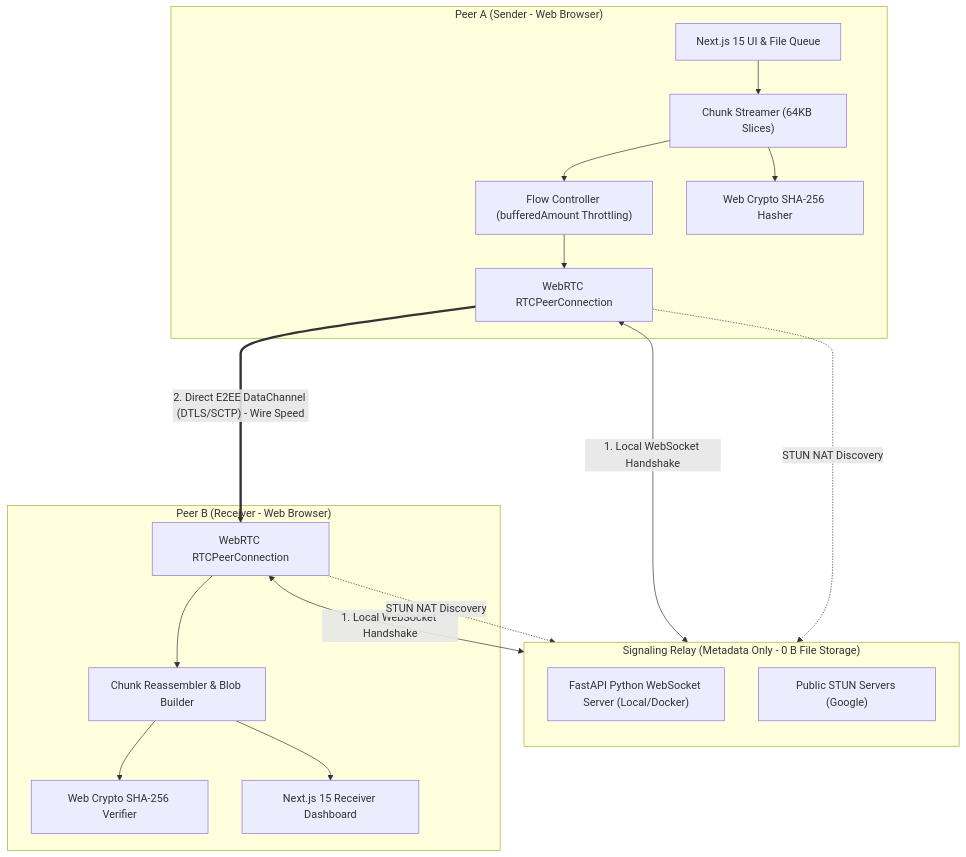
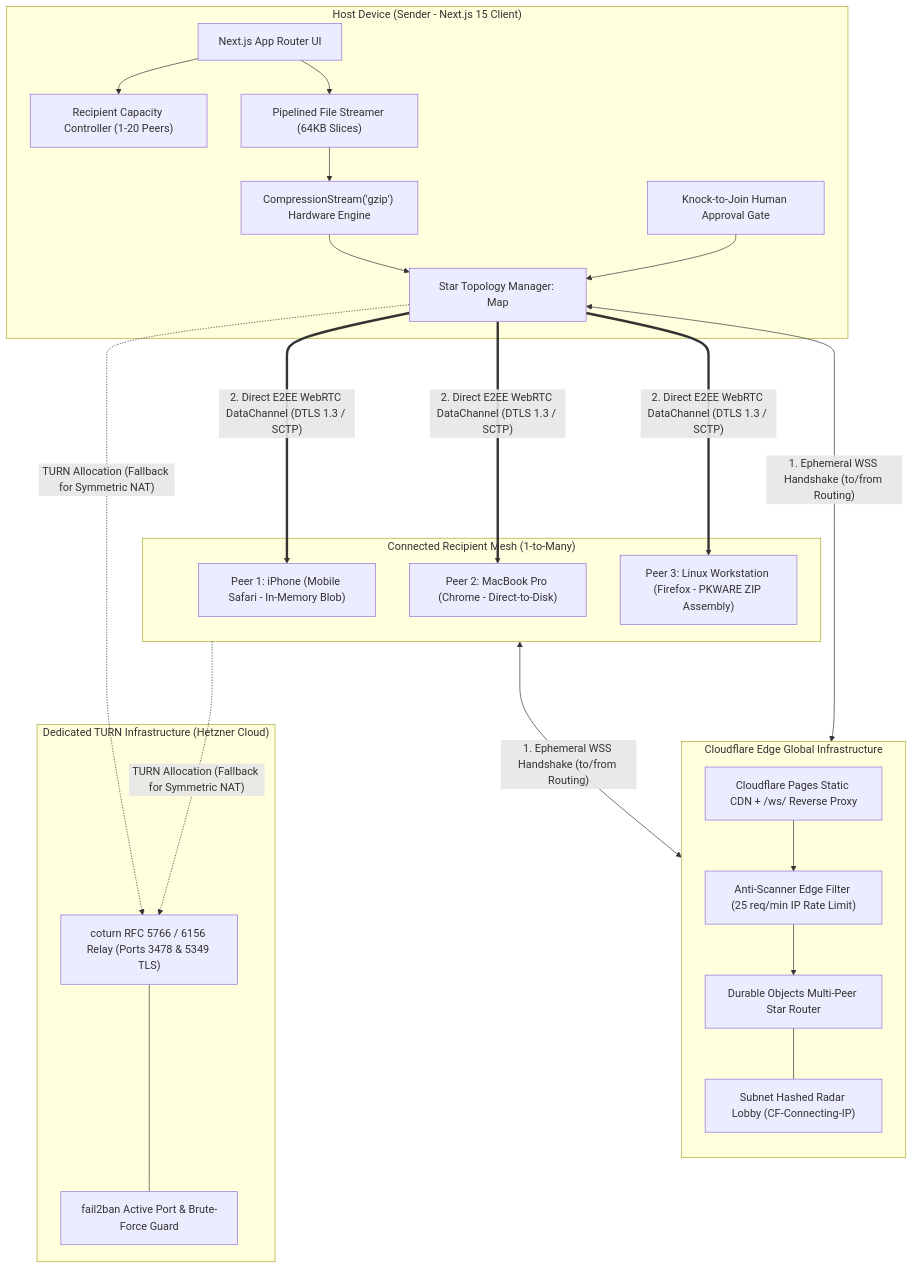
The diagram in docs/ARCHITECTURE.md (AhmedKhalid0/peerwarp), drawn with Mermaid before and after one commit. The commit also changed other lines of this file and 2 other files, not shown here.

Commit message:
docs: upgrade README and ARCHITECTURE to production showcase standards, update CI workflow

````diff
--- a/docs/ARCHITECTURE.md
+++ b/docs/ARCHITECTURE.md
@@ -9,39 +9,51 @@
 ```mermaid
 flowchart TB
-    subgraph SENDER ["Peer A (Sender - Web Browser)"]
-        UI_A["Next.js 15 UI & File Queue"]
-        Streamer_A["Chunk Streamer (64KB Slices)"]
-        Backpressure["Flow Controller (bufferedAmount Throttling)"]
-        Crypto_A["Web Crypto SHA-256 Hasher"]
-        PC_A["WebRTC RTCPeerConnection"]
+    subgraph SENDER ["Host Device (Sender - Next.js 15 Client)"]
+        UI_A["Next.js App Router UI"]
+        CapControl["Recipient Capacity Controller (1-20 Peers)"]
+        StreamPipeline["Pipelined File Streamer (64KB Slices)"]
+        GzipEngine["CompressionStream('gzip') Hardware Engine"]
+        KnockAuth["Knock-to-Join Human Approval Gate"]
+        StarManager["Star Topology Manager: Map<peerId, RTCPeerConnection>"]
 
-        UI_A --> Streamer_A
-        Streamer_A --> Backpressure
-        Backpressure --> PC_A
-        Streamer_A --> Crypto_A
+        UI_A --> CapControl
+        UI_A --> StreamPipeline
+        StreamPipeline --> GzipEngine
+        GzipEngine --> StarManager
+        KnockAuth --> StarManager
     end
 
-    subgraph SIGNALING ["Signaling Relay (Metadata Only - 0 B File Storage)"]
+    subgraph CLOUDFLARE ["Cloudflare Edge Global Infrastructure"]
         direction TB
-        FastAPI["FastAPI Python WebSocket Server (Local/Docker)"]
-        STUN["Public STUN Servers (Google)"]
+        DO_Hub["Durable Objects Multi-Peer Star Router"]
+        RateFilter["Anti-Scanner Edge Filter (25 req/min IP Rate Limit)"]
+        RadarLobby["Subnet Hashed Radar Lobby (CF-Connecting-IP)"]
+        PagesProxy["Cloudflare Pages Static CDN + /ws/ Reverse Proxy"]
+        
+        PagesProxy --> RateFilter
+        RateFilter --> DO_Hub
+        DO_Hub --- RadarLobby
     end
 
-    subgraph RECEIVER ["Peer B (Receiver - Web Browser)"]
-        PC_B["WebRTC RTCPeerConnection"]
-        Reassembler_B["Chunk Reassembler & Blob Builder"]
-        Crypto_B["Web Crypto SHA-256 Verifier"]
-        UI_B["Next.js 15 Receiver Dashboard"]
-
-        PC_B --> Reassembler_B
-        Reassembler_B --> Crypto_B
-        Reassembler_B --> UI_B
+    subgraph HETZNER ["Dedicated TURN Infrastructure (Hetzner Cloud)"]
+        COTURN["coturn RFC 5766 / 6156 Relay (Ports 3478 & 5349 TLS)"]
+        SecurityDaemon["fail2ban Active Port & Brute-Force Guard"]
+        COTURN --- SecurityDaemon
     end
 
-    PC_A <-->|"1. Local WebSocket Handshake"| FastAPI
-    PC_B <-->|"1. Local WebSocket Handshake"| FastAPI
-    PC_A -.->|"STUN NAT Discovery"| STUN
-    PC_B -.->|"STUN NAT Discovery"| STUN
+    subgraph PEERS ["Connected Recipient Mesh (1-to-Many)"]
+        Peer1["Peer 1: iPhone (Mobile Safari - In-Memory Blob)"]
+        Peer2["Peer 2: MacBook Pro (Chrome - Direct-to-Disk)"]
+        Peer3["Peer 3: Linux Workstation (Firefox - PKWARE ZIP Assembly)"]
+    end
 
-    PC_A ====>|"2. Direct E2EE DataChannel (DTLS/SCTP) - Wire Speed"| PC_B
+    StarManager <-->|"1. Ephemeral WSS Handshake (to/from Routing)"| DO_Hub
+    PEERS <-->|"1. Ephemeral WSS Handshake (to/from Routing)"| DO_Hub
+
+    StarManager -.->|"TURN Allocation (Fallback for Symmetric NAT)"| COTURN
+    PEERS -.->|"TURN Allocation (Fallback for Symmetric NAT)"| COTURN
+
+    StarManager ====>|"2. Direct E2EE WebRTC DataChannel (DTLS 1.3 / SCTP)"| Peer1
+    StarManager ====>|"2. Direct E2EE WebRTC DataChannel (DTLS 1.3 / SCTP)"| Peer2
+    StarManager ====>|"2. Direct E2EE WebRTC DataChannel (DTLS 1.3 / SCTP)"| Peer3
 ```
````
